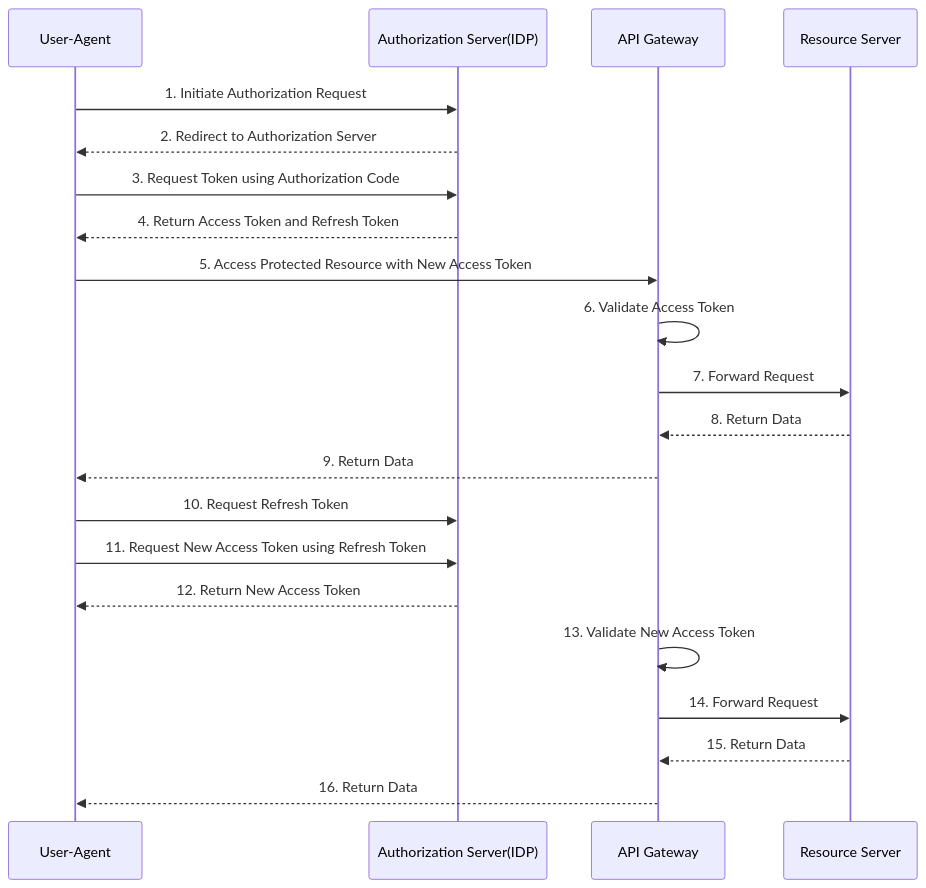
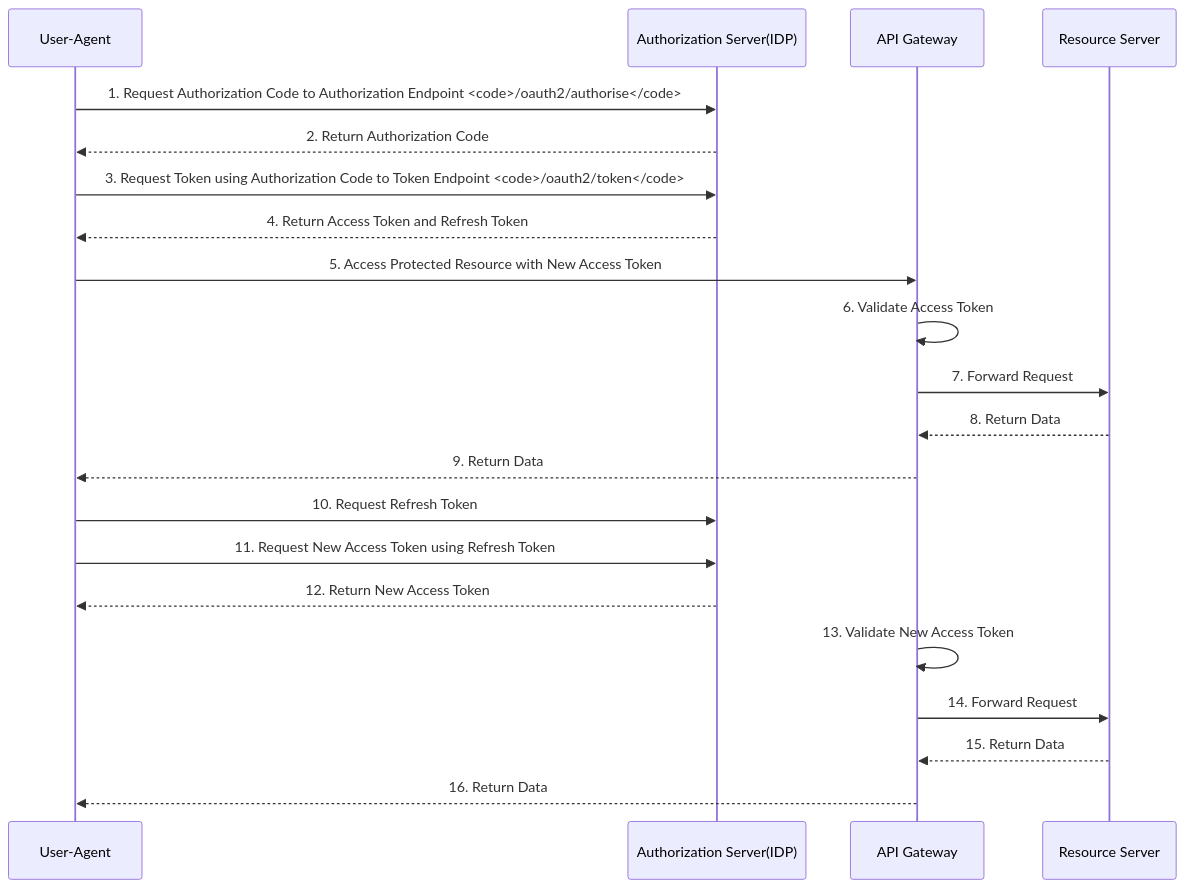
One commit to sunilchandra007/my-api-playground changed the first of 2 diagrams in Authentication.md. Above: the diagram before and after it, drawn with Mermaid.

````diff
--- a/Authentication.md
+++ b/Authentication.md
@@ -10,27 +10,27 @@
 ```mermaid
 sequenceDiagram
     participant UA as User-Agent
     participant AR as Authorization Server(IDP)
     participant AG as API Gateway
     participant RS as Resource Server
 
-    UA->>AR: 1. Initiate Authorization Request
-    AR-->>UA: 2. Redirect to Authorization Server
-    UA->>AR: 3. Request Token using Authorization Code
+    UA->>AR: 1. Request Authorization Code to Authorization Endpoint <code>/oauth2/authorise</code>
+    AR-->>UA: 2. Return Authorization Code
+    UA->>AR: 3. Request Token using Authorization Code to Token Endpoint <code>/oauth2/token</code>
     AR-->>UA: 4. Return Access Token and Refresh Token
 
     UA->>AG: 5. Access Protected Resource with New Access Token
     AG->>AG: 6. Validate Access Token
     AG->>RS: 7. Forward Request
     RS-->>AG: 8. Return Data
     AG-->>UA: 9. Return Data
 
 
     UA->>AR: 10. Request Refresh Token
     UA->>AR: 11. Request New Access Token using Refresh Token
     AR-->>UA: 12. Return New Access Token
     AG->>AG: 13. Validate New Access Token
     AG->>RS: 14. Forward Request
     RS-->>AG: 15. Return Data
     AG-->>UA: 16. Return Data
 ```
````
